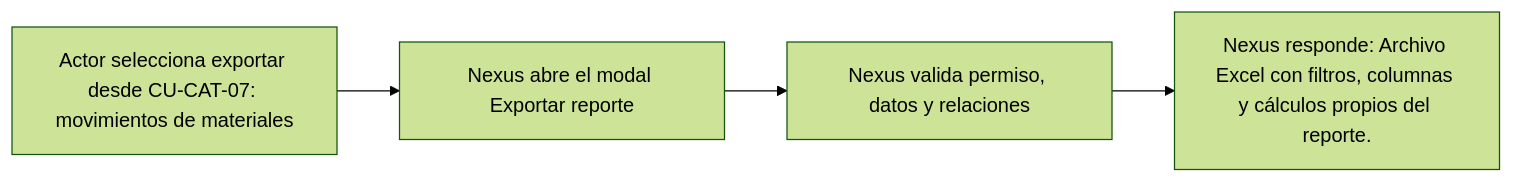
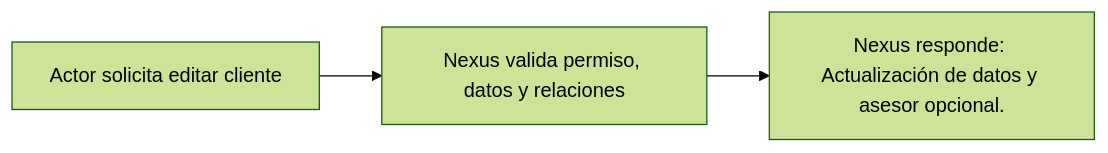
The diagram in docs/requirements/diagrams/catalogs/cu-cat-08.md (gpgsistemas01/nexus), drawn with Mermaid (forest theme) before and after one commit. The commit also changed other lines of this file and 287 other files, not shown here.

````diff
--- a/docs/requirements/diagrams/catalogs/cu-cat-08.md
+++ b/docs/requirements/diagrams/catalogs/cu-cat-08.md
@@ -3,6 +3,5 @@
 ```mermaid
 flowchart LR
-    request["Actor selecciona exportar desde CU-CAT-07: movimientos de materiales"] --> modal["Nexus abre el modal Exportar reporte"]
-    modal --> validate["Nexus valida permiso, datos y relaciones"]
-    validate --> result["Nexus responde: Archivo Excel con filtros, columnas y cálculos propios del reporte."]
+    request["Actor solicita editar cliente"] --> validate["Nexus valida permiso, datos y relaciones"]
+    validate --> result["Nexus responde: Actualización de datos y asesor opcional."]
 ```
````
